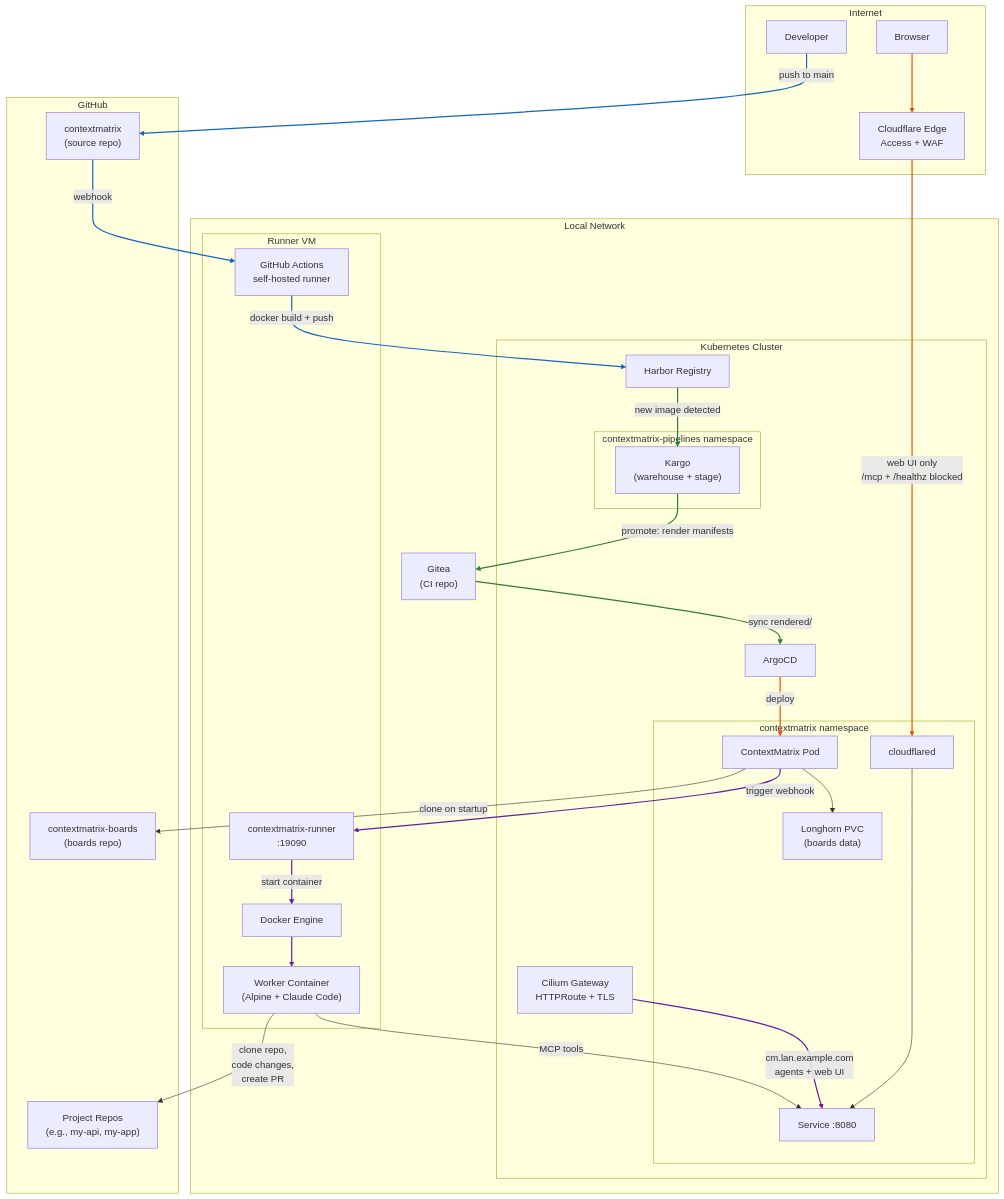
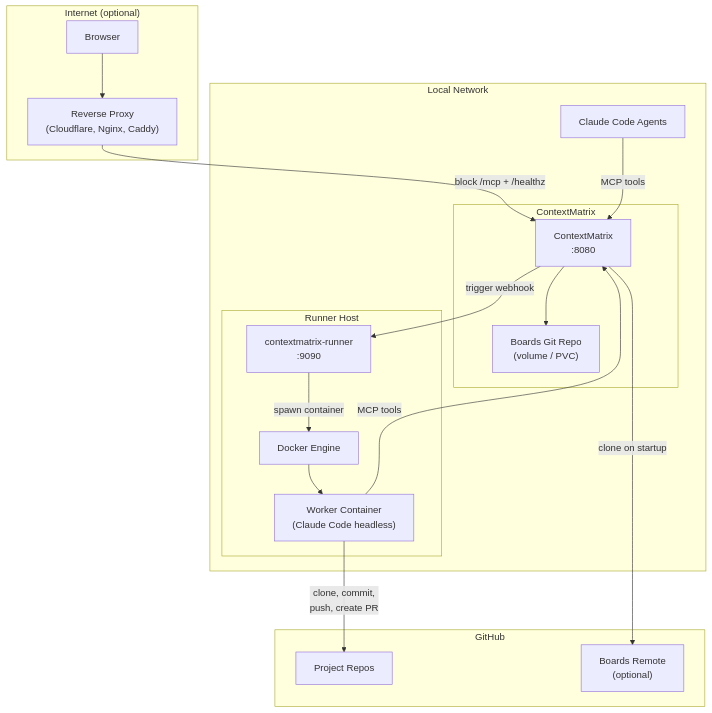
Before and after one commit to mhersson/contextmatrix: the diagram in docs/deployment-example.md, drawn with Mermaid. The commit also changed other lines of this file and 1 other file, not shown here.

````diff
--- a/docs/deployment-example.md
+++ b/docs/deployment-example.md
@@ -15,78 +13,38 @@
 ```mermaid
 flowchart TB
-    subgraph internet["Internet"]
-        dev["Developer"]
+    subgraph internet["Internet (optional)"]
         browser["Browser"]
-        cf["Cloudflare Edge<br/>Access + WAF"]
+        proxy["Reverse Proxy<br/>(Cloudflare, Nginx, Caddy)"]
+    end
+
+    subgraph lan["Local Network"]
+        agents["Claude Code Agents"]
+
+        subgraph cm["ContextMatrix"]
+            cm_svc["ContextMatrix<br/>:8080"]
+            boards["Boards Git Repo<br/>(volume / PVC)"]
+        end
+
+        subgraph runner_host["Runner Host"]
+            runner["contextmatrix-runner<br/>:9090"]
+            docker["Docker Engine"]
+            worker["Worker Container<br/>(Claude Code headless)"]
+        end
     end
 
     subgraph github["GitHub"]
-        repo["contextmatrix<br/>(source repo)"]
-        boards["contextmatrix-boards<br/>(boards repo)"]
-        target["Project Repos<br/>(e.g., my-api, my-app)"]
+        target["Project Repos"]
+        boards_remote["Boards Remote<br/>(optional)"]
     end
 
-    subgraph lan["Local Network"]
-
-        subgraph runner_host["Runner VM"]
-            runner["contextmatrix-runner<br/>:19090"]
-            gh_runner["GitHub Actions<br/>self-hosted runner"]
-            docker["Docker Engine"]
-            worker["Worker Container<br/>(Alpine + Claude Code)"]
-        end
-
-        subgraph k8s["Kubernetes Cluster"]
-
-            subgraph cm_ns["contextmatrix namespace"]
-                cm_pod["ContextMatrix Pod"]
-                cm_svc["Service :8080"]
-                pvc["Longhorn PVC<br/>(boards data)"]
-                cfd["cloudflared"]
-            end
-
-            subgraph cd_ns["contextmatrix-pipelines namespace"]
-                kargo["Kargo<br/>(warehouse + stage)"]
-            end
-
-            argocd["ArgoCD"]
-            gateway["Cilium Gateway<br/>HTTPRoute + TLS"]
-            harbor["Harbor Registry"]
-        end
-
-        gitea["Gitea<br/>(CI repo)"]
-    end
-
-    %% CI flow (blue)
-    dev -- "push to main" --> repo
-    repo -- "webhook" --> gh_runner
-    gh_runner -- "docker build + push" --> harbor
-
-    %% CD flow (green)
-    harbor -- "new image detected" --> kargo
-    kargo -- "promote: render manifests" --> gitea
-    gitea -- "sync rendered/" --> argocd
-    argocd -- "deploy" --> cm_pod
-
-    %% Internet access (orange)
-    browser --> cf
-    cf -- "web UI only<br/>/mcp + /healthz blocked" --> cfd
-    cfd --> cm_svc
-
-    %% LAN access
-    gateway -- "cm.lan.example.com<br/>agents + web UI" --> cm_svc
-
-    %% Runner flow (purple)
-    cm_pod -- "trigger webhook" --> runner
-    runner -- "start container" --> docker
+    browser --> proxy
+    proxy -- "block /mcp + /healthz" --> cm_svc
+    agents -- "MCP tools" --> cm_svc
+    cm_svc --> boards
+    cm_svc -- "clone on startup" --> boards_remote
+    cm_svc -- "trigger webhook" --> runner
+    runner -- "spawn container" --> docker
     docker --> worker
     worker -- "MCP tools" --> cm_svc
-    worker -- "clone repo,<br/>code changes,<br/>create PR" --> target
-    cm_pod -- "clone on startup" --> boards
-    cm_pod --> pvc
-
-    %% Styling
-    linkStyle 0,1,2 stroke:#1565c0,stroke-width:2px
-    linkStyle 3,4,5 stroke:#2e7d32,stroke-width:2px
-    linkStyle 6,7,8 stroke:#e65100,stroke-width:2px
-    linkStyle 10,11,12,13 stroke:#6a1b9a,stroke-width:2px
+    worker -- "clone, commit,<br/>push, create PR" --> target
 ```
````
